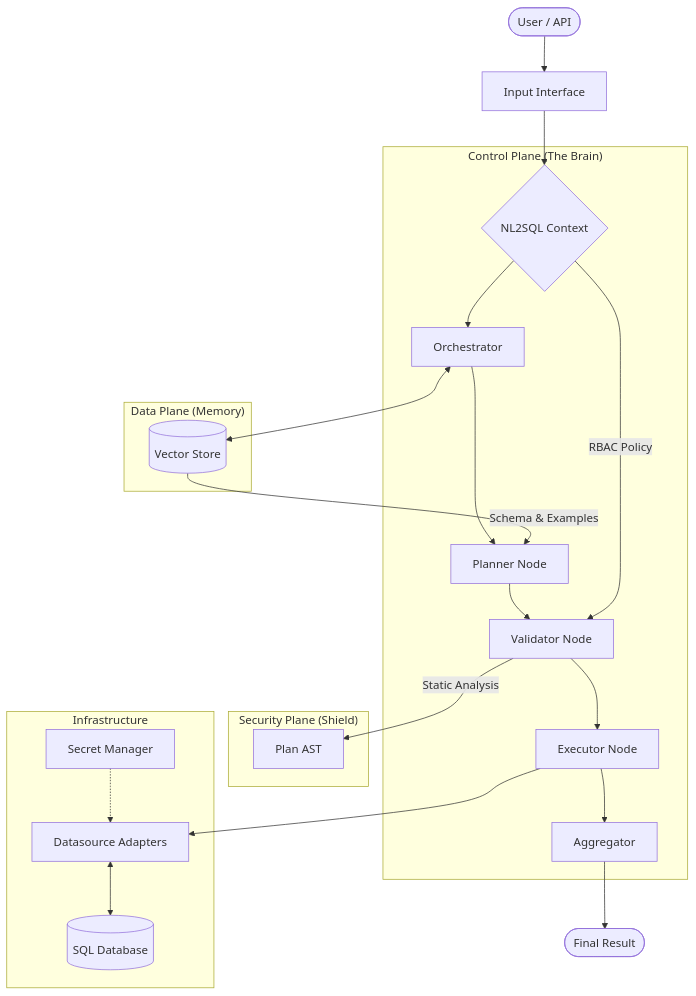
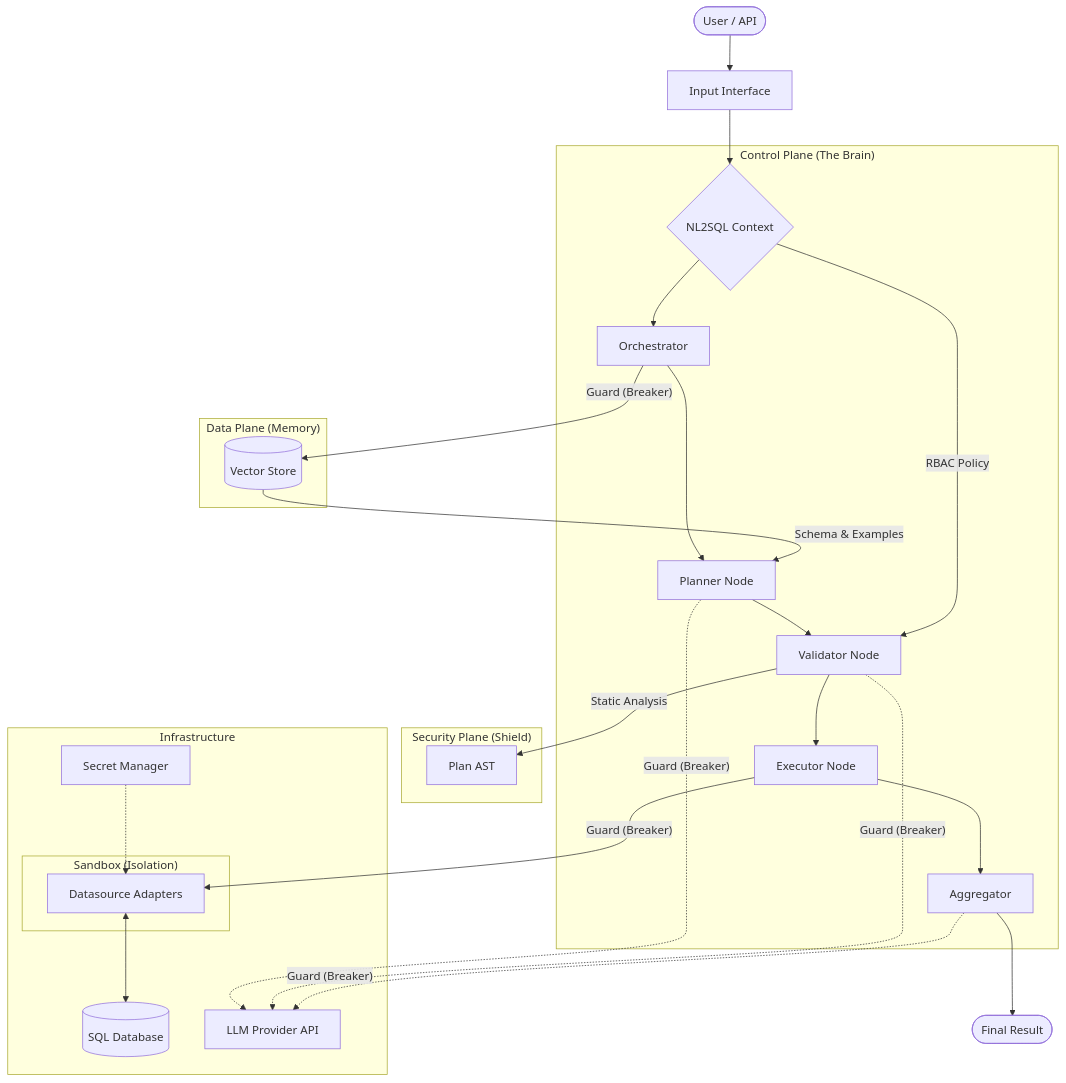
One commit to nadeem4/nl2sql changed the diagram in docs/core/architecture.md. Above: the diagram before and after it, drawn with Mermaid. The commit also changed other lines of this file and 10 other files, not shown here.

````diff
--- a/docs/core/architecture.md
+++ b/docs/core/architecture.md
@@ -5,32 +5,40 @@
 ```mermaid
 graph TD
     User([User / API]) --> Input[Input Interface]
     Input --> Ctx{NL2SQL Context}
     
     subgraph "Control Plane (The Brain)"
         Ctx --> Orch[Orchestrator]
         click Orch href "orchestrator.md" "Orchestrator Architecture"
         Orch --> Plan[Planner Node]
         Plan --> Val[Validator Node]
         Val --> Exec[Executor Node]
         Exec --> Agg[Aggregator]
     end
     
     subgraph "Data Plane (Memory)"
-        Orch <--> VS[(Vector Store)]
+        Orch -- "Guard (Breaker)" --> VS[(Vector Store)]
         VS -- Schema & Examples --> Plan
     end
     
     subgraph "Security Plane (Shield)"
         Ctx -- RBAC Policy --> Val
         Val -- Static Analysis --> AST[Plan AST]
     end
     
     subgraph "Infrastructure"
         Secret[Secret Manager] -.-> Adapters
-        Adapters[Datasource Adapters] <--> DB[(SQL Database)]
+        
+        subgraph "Sandbox (Isolation)"
+            Adapters[Datasource Adapters]
+        end
+        
+        Adapters <--> DB[(SQL Database)]
+        LLM[LLM Provider API]
     end
     
-    Exec --> Adapters
+    Exec -- "Guard (Breaker)" --> Adapters
     Agg --> Result([Final Result])
+    
+    Plan & Val & Agg -. "Guard (Breaker)" .-> LLM
 ```
````
